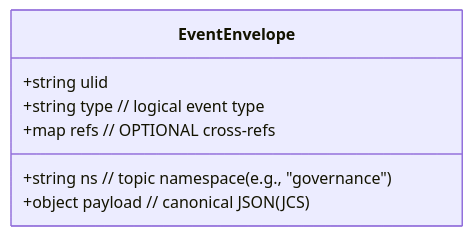
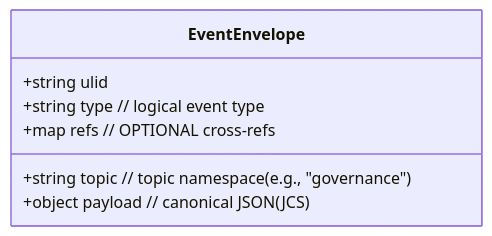
The first of 2 diagrams in docs/decisions/ADR-0005/DECISION.md (flyingrobots/gatos), drawn with Mermaid before and after one commit. The commit also changed other lines of this file, not shown here.

Commit message:
docs(ADR-0005): rename envelope field ns->topic across diagrams, schema text, and examples in ADR copy

````diff
--- a/docs/decisions/ADR-0005/DECISION.md
+++ b/docs/decisions/ADR-0005/DECISION.md
@@ -37,10 +37,10 @@
 ```mermaid
 classDiagram
   class EventEnvelope {
     +string ulid
-    +string ns                  // topic namespace (e.g., "governance")
+    +string topic                  // topic namespace (e.g., "governance")
     +string type                // logical event type
     +object payload             // canonical JSON (JCS)
     +map<string, blake3Digest> refs  // OPTIONAL cross-refs
   }
 ```
````
